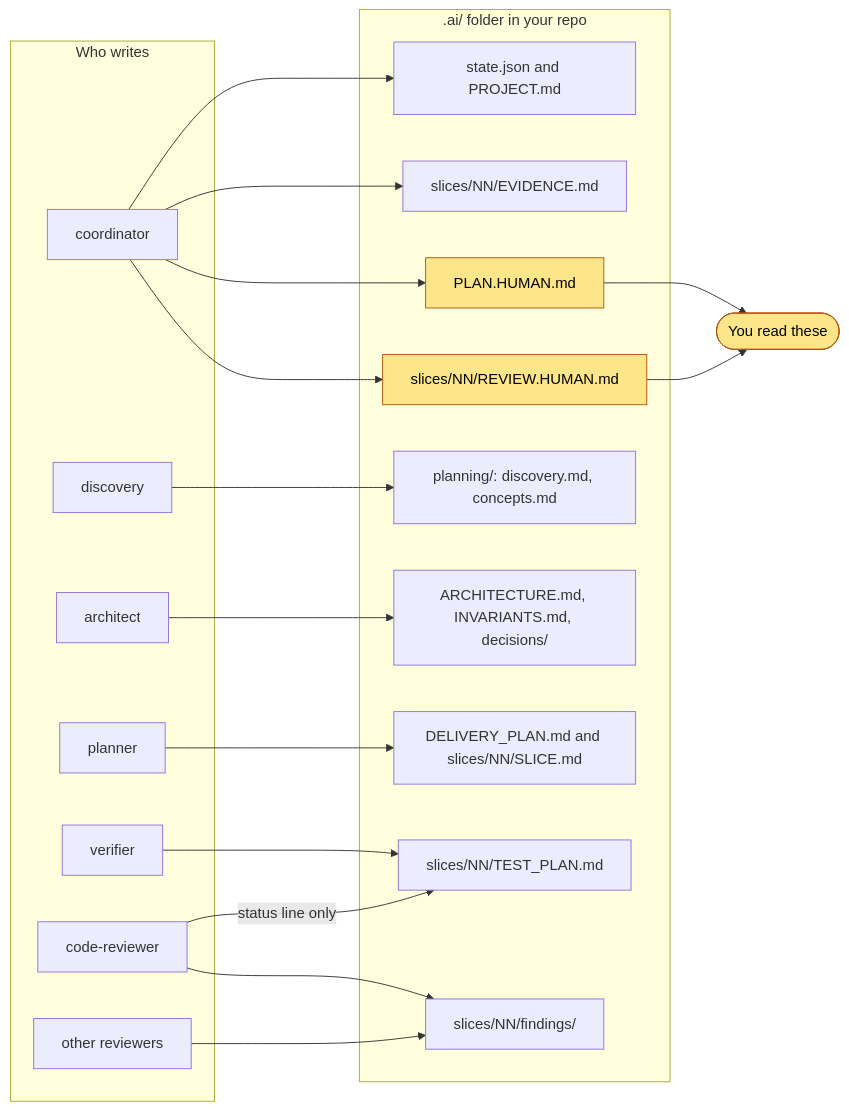
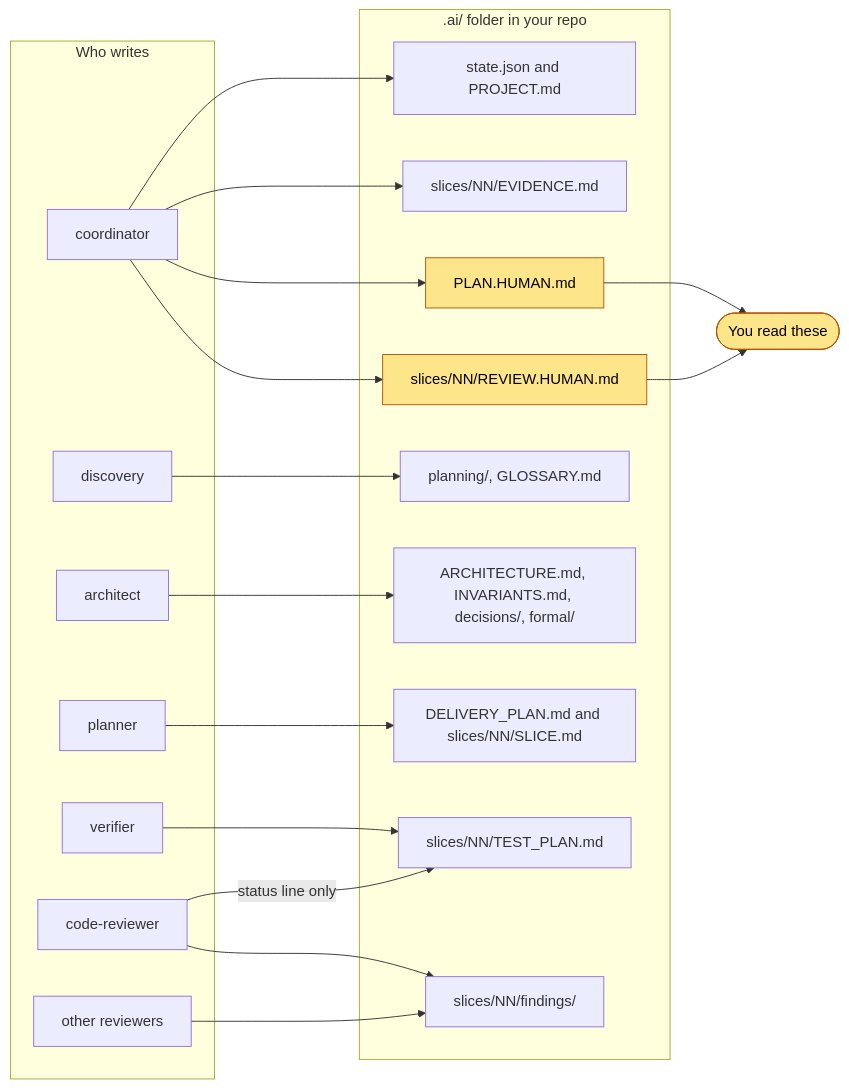
Before and after one commit to vineethvarghese/shipyard: the diagram in docs/diagrams/10-ai-map.mmd, drawn with Mermaid. The commit also changed 79 other files, not shown here.

```diff
--- a/docs/diagrams/10-ai-map.mmd
+++ b/docs/diagrams/10-ai-map.mmd
@@ -1,37 +1,37 @@
 flowchart LR
     subgraph WHO["Who writes"]
         co["coordinator"]
         di["discovery"]
         ar["architect"]
         pl["planner"]
         ve["verifier"]
         cr["code-reviewer"]
         rv["other reviewers"]
     end
     subgraph AI[".ai/ folder in your repo"]
         st["state.json and PROJECT.md"]
-        pn["planning/: discovery.md, concepts.md"]
-        arch["ARCHITECTURE.md, INVARIANTS.md, decisions/"]
+        pn["planning/, GLOSSARY.md"]
+        arch["ARCHITECTURE.md, INVARIANTS.md, decisions/, formal/"]
         dp["DELIVERY_PLAN.md and slices/NN/SLICE.md"]
         tp["slices/NN/TEST_PLAN.md"]
         fi["slices/NN/findings/"]
         ev["slices/NN/EVIDENCE.md"]
         ph["PLAN.HUMAN.md"]
         rh["slices/NN/REVIEW.HUMAN.md"]
     end
     you(["You read these"])
     co --> st
     co --> ev
     co --> ph
     co --> rh
     di --> pn
     ar --> arch
     pl --> dp
     ve --> tp
     cr -->|"status line only"| tp
     cr --> fi
     rv --> fi
     ph --> you
     rh --> you
     classDef human fill:#fde68a,stroke:#b45309,color:#000000
     class ph,rh,you human
```
